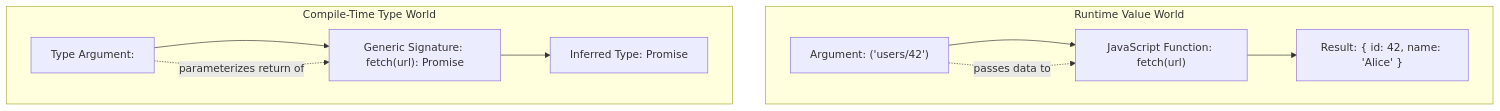
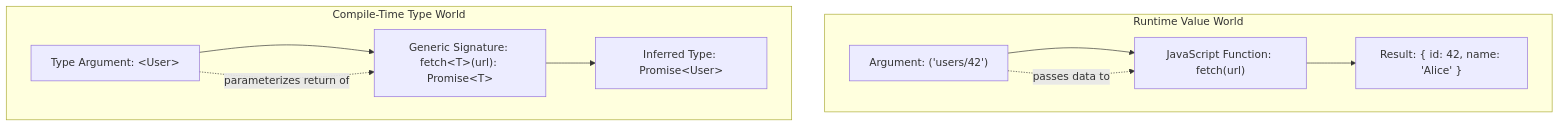
Before and after one commit to espoem/zero-to-one: the diagram in languages/typescript/modules/07-generics-and-inference.md, drawn with Mermaid. The commit also changed other lines of this file and 7 other files, not shown here.

````diff
--- a/languages/typescript/modules/07-generics-and-inference.md
+++ b/languages/typescript/modules/07-generics-and-inference.md
@@ -14,15 +14,15 @@
 ```mermaid
 flowchart TD
     subgraph RuntimeWorld["Runtime Value World"]
         VArg["Argument: ('users/42')"] --> VFn["JavaScript Function: fetch(url)"]
         VFn --> VRet["Result: { id: 42, name: 'Alice' }"]
     end
 
     subgraph TypeWorld["Compile-Time Type World"]
-        TArg["Type Argument: <User>"] --> TFn["Generic Signature: fetch<T>(url): Promise<T>"]
-        TFn --> TRet["Inferred Type: Promise<User>"]
+        TArg["Type Argument: &lt;User&gt;"] --> TFn["Generic Signature: fetch&lt;T&gt;(url): Promise&lt;T&gt;"]
+        TFn --> TRet["Inferred Type: Promise&lt;User&gt;"]
     end
 
     VArg -.->|passes data to| VFn
     TArg -.->|parameterizes return of| TFn
 ```
````
